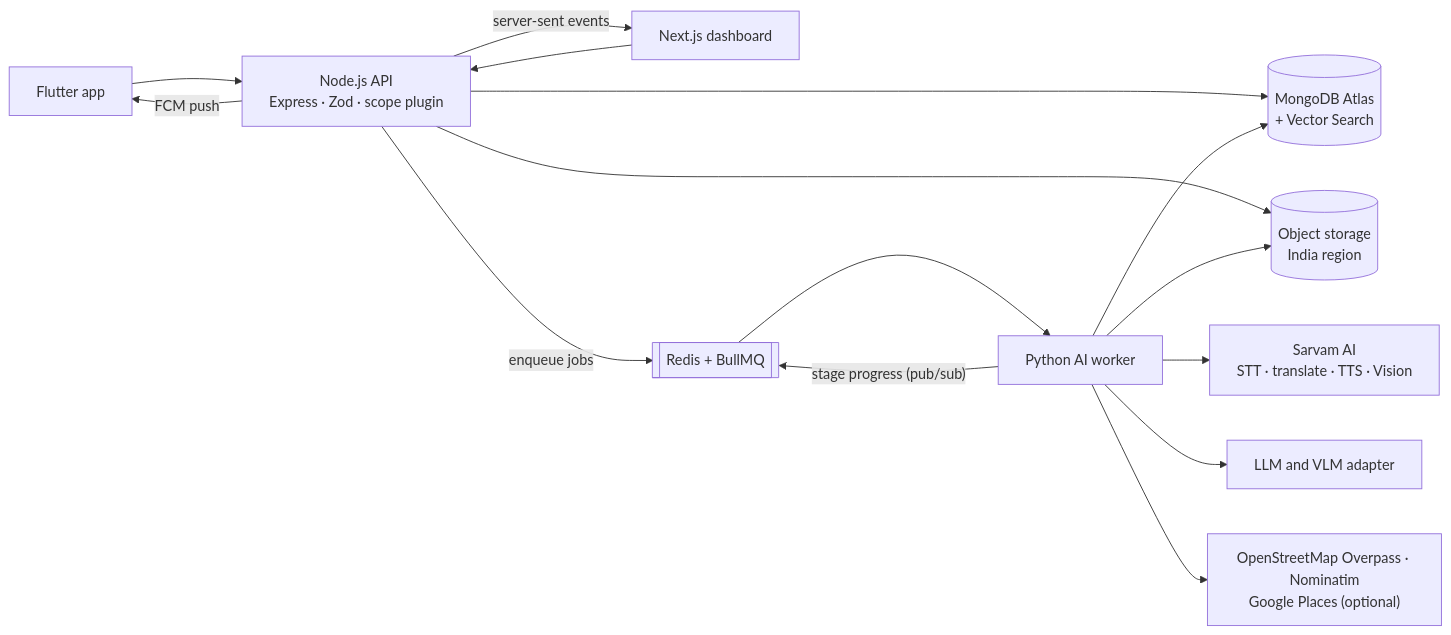
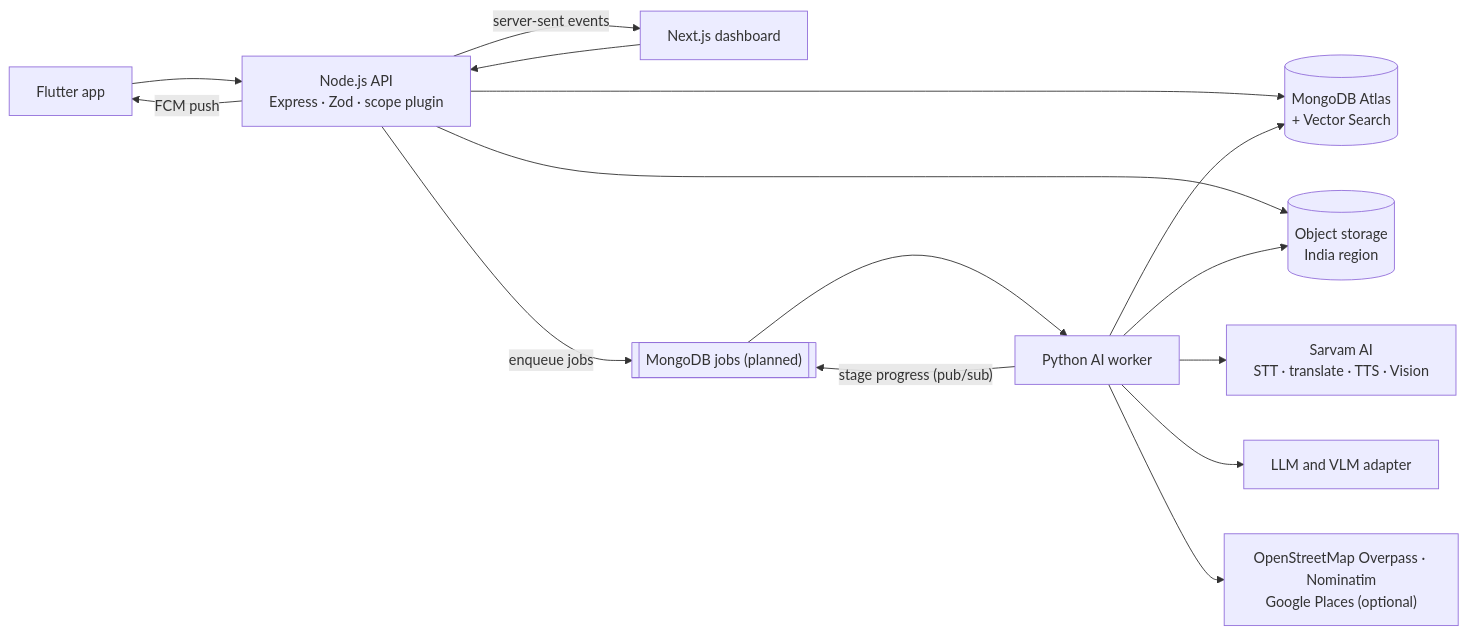
One commit to VyomVyas4765/PitchPrism changed the fourth of 4 diagrams in PitchPrism.md. Above: the diagram before and after it, drawn with Mermaid. The commit also changed other lines of this file and 89 other files, not shown here.

````diff
--- a/PitchPrism.md
+++ b/PitchPrism.md
@@ -618,17 +618,17 @@
 ```mermaid
 flowchart LR
     APP["Flutter app"] --> API
     WEB["Next.js dashboard"] --> API
     API["Node.js API<br/>Express · Zod · scope plugin"] --> DB[("MongoDB Atlas<br/>+ Vector Search")]
     API --> S3[("Object storage<br/>India region")]
-    API -->|"enqueue jobs"| Q[["Redis + BullMQ"]]
+    API -->|"enqueue jobs"| Q[["MongoDB jobs (planned)"]]
     Q --> W["Python AI worker"]
     W --> DB
     W --> S3
     W --> SV["Sarvam AI<br/>STT · translate · TTS · Vision"]
     W --> LLM["LLM and VLM adapter"]
     W --> GEO["OpenStreetMap Overpass · Nominatim<br/>Google Places (optional)"]
     W -->|"stage progress (pub/sub)"| Q
     API -->|"server-sent events"| WEB
     API -->|"FCM push"| APP
 ```
````
